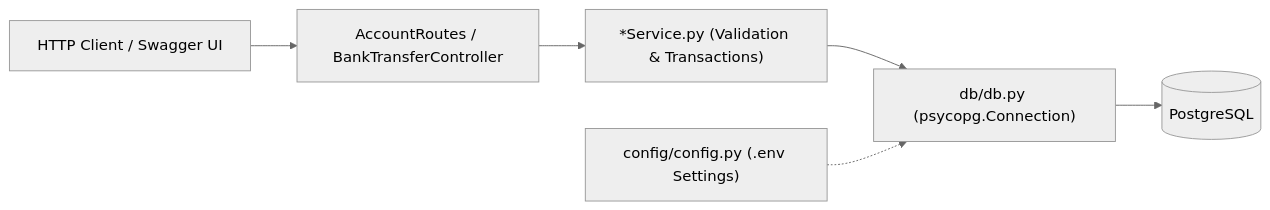
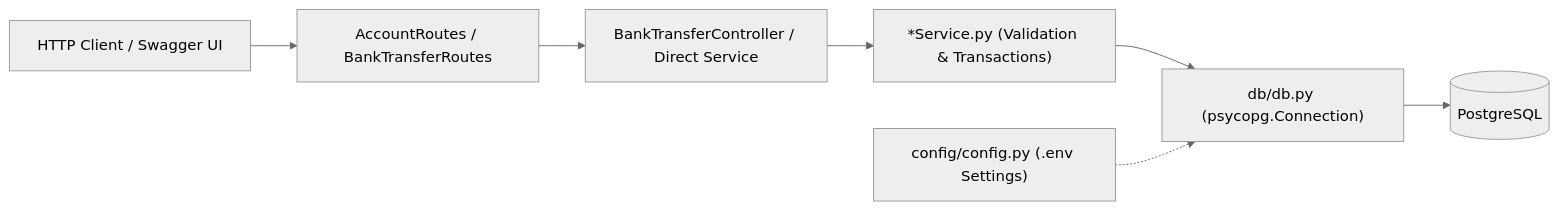
Before and after one commit to Sc-Designs/Bank: the diagram in docs/architecture.md, drawn with Mermaid (neutral theme). The commit also changed other lines of this file and 8 other files, not shown here.

Commit message:
Separate BankTransferRoutes from Controller, move validation to Validator, and update docs

````diff
--- a/docs/architecture.md
+++ b/docs/architecture.md
@@ -57,8 +58,9 @@
 ```mermaid
 flowchart LR
-    Client["HTTP Client / Swagger UI"] --> Router["AccountRoutes / BankTransferController"]
-    Router --> Service["*Service.py (Validation & Transactions)"]
+    Client["HTTP Client / Swagger UI"] --> Router["AccountRoutes / BankTransferRoutes"]
+    Router --> Controller["BankTransferController / Direct Service"]
+    Controller --> Service["*Service.py (Validation & Transactions)"]
     Service --> DB["db/db.py (psycopg.Connection)"]
     DB --> PG[("PostgreSQL")]
     Config["config/config.py (.env Settings)"] -.-> DB
 ```
````
